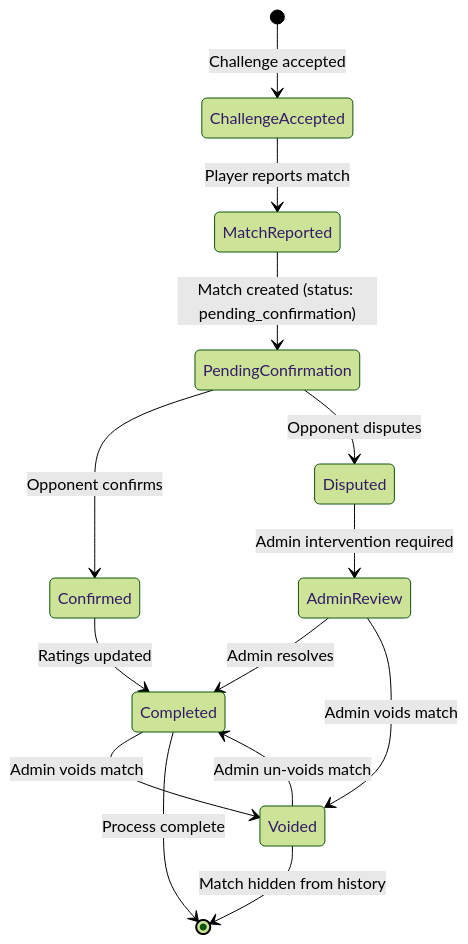
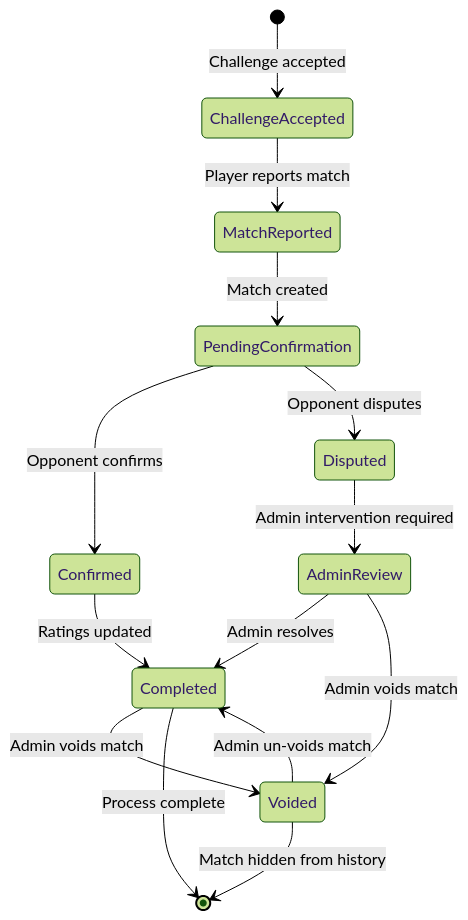
The seventh of 17 diagrams in doc/architecture.md (UziB26/leagueladder), drawn with Mermaid (forest theme) before and after one commit.

Commit message:
fixed mermaid diagram syntax

````diff
--- a/doc/architecture.md
+++ b/doc/architecture.md
@@ -499,21 +499,21 @@
 ```mermaid
 stateDiagram-v2
     [*] --> ChallengeAccepted: Challenge accepted
     
     ChallengeAccepted --> MatchReported: Player reports match
-    MatchReported --> PendingConfirmation: Match created (status: pending_confirmation)
+    MatchReported --> PendingConfirmation: Match created
     
     PendingConfirmation --> Confirmed: Opponent confirms
     PendingConfirmation --> Disputed: Opponent disputes
     
     Confirmed --> Completed: Ratings updated
     Disputed --> AdminReview: Admin intervention required
     AdminReview --> Completed: Admin resolves
     AdminReview --> Voided: Admin voids match
     
     Completed --> Voided: Admin voids match
     Voided --> Completed: Admin un-voids match
     
     Completed --> [*]: Process complete
     Voided --> [*]: Match hidden from history
 ```
````
